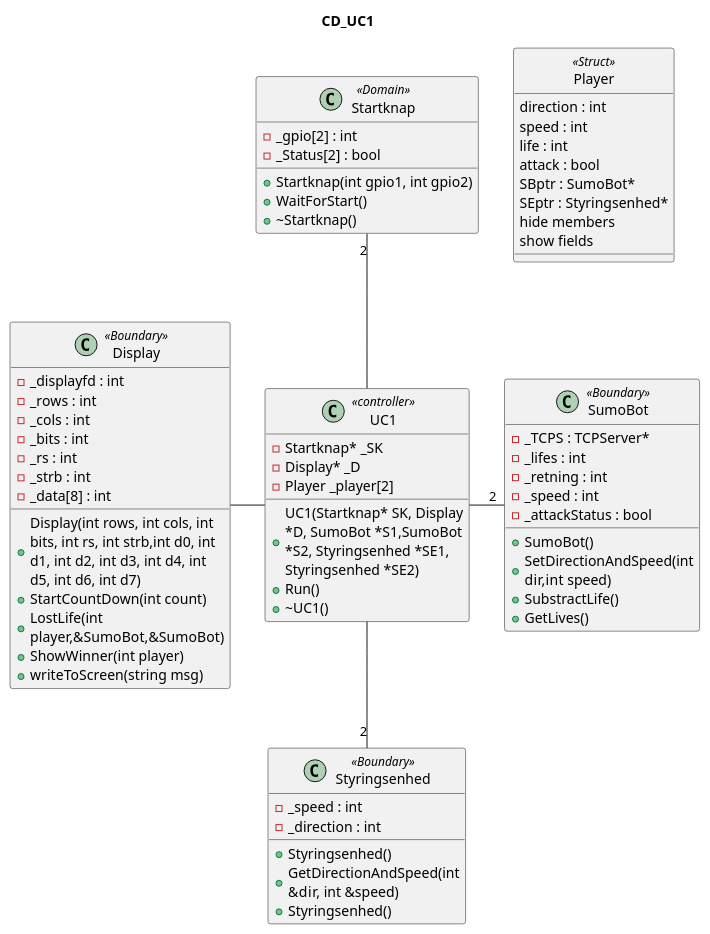
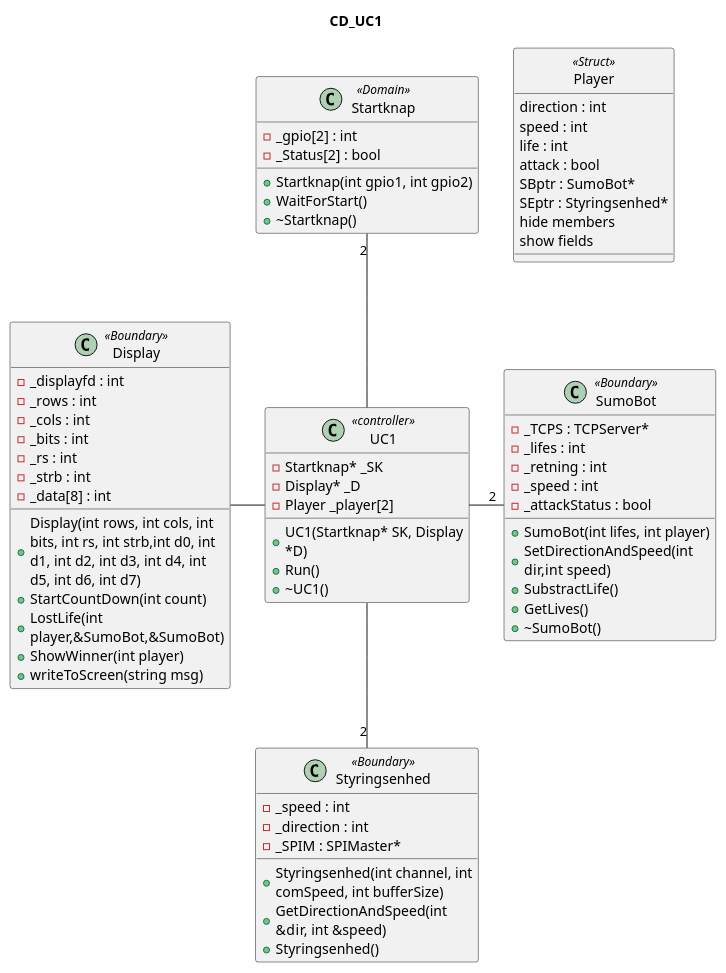
The diagram in Diagrammer/CentralComputer/ClassDiagram/ClassDiagram.plantuml (Solvgraa-mager/E3PRJ3), drawn with PlantUML before and after one commit. The commit also changed 29 other files, not shown here.

Commit message:
Diagrammer opdateret

```diff
--- a/Diagrammer/CentralComputer/ClassDiagram/ClassDiagram.plantuml
+++ b/Diagrammer/CentralComputer/ClassDiagram/ClassDiagram.plantuml
@@ -1,76 +1,78 @@
 @startuml
 title CD_UC1
 
 skinparam wrapWidth 200
 
 class UC1 <<controller>>{
-    +UC1(Startknap* SK, Display *D, SumoBot *S1,SumoBot *S2, Styringsenhed *SE1, Styringsenhed *SE2)
+    +UC1(Startknap* SK, Display *D)
     +Run()
     +~UC1()
     -Startknap* _SK
     -Display* _D
     -Player _player[2]
 }
 
 class Startknap <<Domain>>{
 -_gpio[2] : int
 -_Status[2] : bool
 +Startknap(int gpio1, int gpio2)
 +WaitForStart()
 +~Startknap()
 
 }
 
 class Display<<Boundary>>{
     +Display(int rows, int cols, int bits, int rs, int strb,int d0, int d1, int d2, int d3, int d4, int d5, int d6, int d7)
     +StartCountDown(int count)
     +LostLife(int player,&SumoBot,&SumoBot)
     +ShowWinner(int player)
     +writeToScreen(string msg)
     - _displayfd : int
 	- _rows : int
 	- _cols : int
 	- _bits : int
 	- _rs : int
 	- _strb : int
 	- _data[8] : int
 }
 
 class SumoBot <<Boundary>>{
     - _TCPS : TCPServer*
     - _lifes : int
     -_retning : int
     -_speed : int
     -_attackStatus : bool
 
-    +SumoBot()
+    +SumoBot(int lifes, int player)
     +SetDirectionAndSpeed(int dir,int speed)
     +SubstractLife()
     +GetLives()
+    +~SumoBot()
 }
 class Styringsenhed <<Boundary>>{
-   - _speed : int
+    -_speed : int
     -_direction : int
-    +Styringsenhed()
+    -_SPIM : SPIMaster* 
+    +Styringsenhed(int channel, int comSpeed, int bufferSize)
     +GetDirectionAndSpeed(int &dir, int &speed)
     +Styringsenhed()
 }
 
 class Player <<Struct>> {
 direction : int
 speed : int
 life : int
 attack : bool 
 SBptr : SumoBot*
 SEptr : Styringsenhed*
 hide members
 show fields
 }
 hide <<Struct>> circle
 
 Startknap"2" -- UC1
 UC1 -- "2"Styringsenhed
 UC1 - "2"SumoBot
 Display - UC1
 
 @enduml
```
